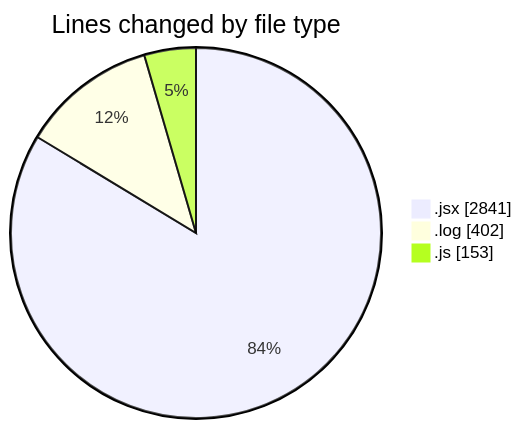
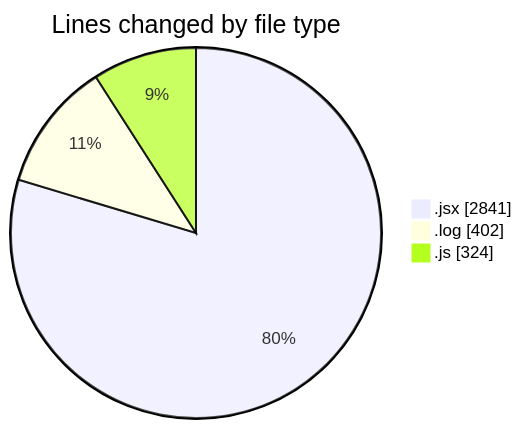
The first of 2 diagrams in 2025-05-02/nxtqube_webapp/README.md (nxtqubesakshisongat/code-tracking), drawn with Mermaid before and after one commit. The commit also changed other lines of this file and 1 other file, not shown here.

````diff
--- a/2025-05-02/nxtqube_webapp/README.md
+++ b/2025-05-02/nxtqube_webapp/README.md
@@ -27,7 +28,7 @@
 ```mermaid
 pie showData
 title Lines changed by file type
 ".jsx" : 2841
 ".log" : 402
-".js" : 153
+".js" : 324
 ```
````
